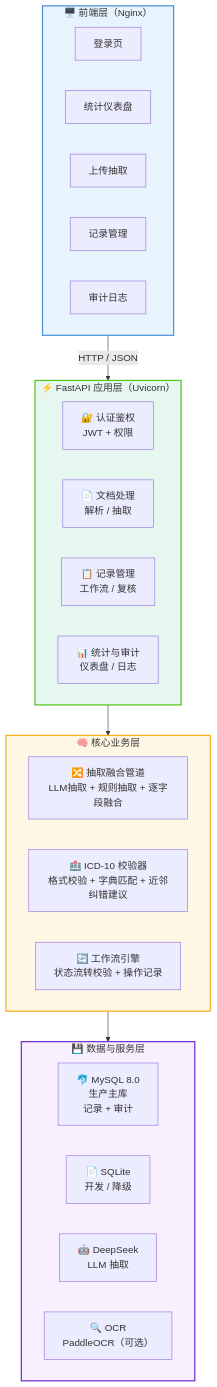
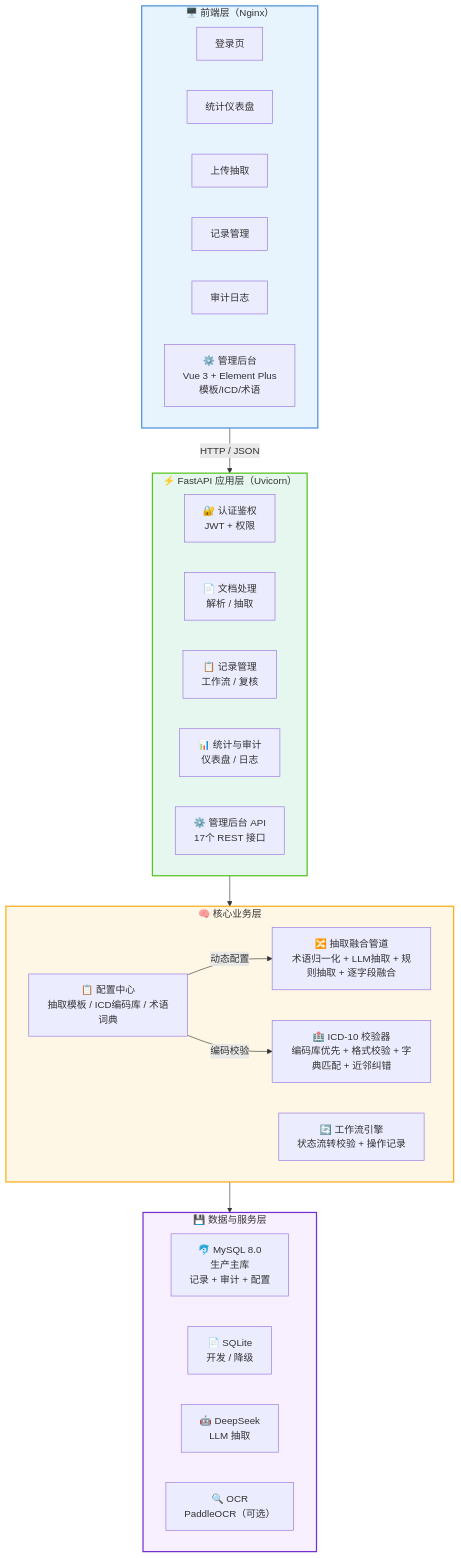
One commit to M9T040705/M9T-MedRecordAI changed the third of 6 diagrams in README.md. Above: the diagram before and after it, drawn with Mermaid. The commit also changed other lines of this file, not shown here.

````diff
--- a/README.md
+++ b/README.md
@@ -111,39 +123,44 @@
 ```mermaid
 flowchart TB
     subgraph Frontend["🖥️ 前端层（Nginx）"]
         A1["登录页"]
         A2["统计仪表盘"]
         A3["上传抽取"]
         A4["记录管理"]
         A5["审计日志"]
+        A6["⚙️ 管理后台<br/>Vue 3 + Element Plus<br/>模板/ICD/术语"]
     end
 
     subgraph APILayer["⚡ FastAPI 应用层（Uvicorn）"]
         B1["🔐 认证鉴权<br/>JWT + 权限"]
         B2["📄 文档处理<br/>解析 / 抽取"]
         B3["📋 记录管理<br/>工作流 / 复核"]
         B4["📊 统计与审计<br/>仪表盘 / 日志"]
+        B5["⚙️ 管理后台 API<br/>17个 REST 接口"]
     end
 
     subgraph CoreLayer["🧠 核心业务层"]
-        C1["🔀 抽取融合管道<br/>LLM抽取 + 规则抽取 + 逐字段融合"]
-        C2["🏥 ICD-10 校验器<br/>格式校验 + 字典匹配 + 近邻纠错建议"]
+        C1["🔀 抽取融合管道<br/>术语归一化 + LLM抽取 + 规则抽取 + 逐字段融合"]
+        C2["🏥 ICD-10 校验器<br/>编码库优先 + 格式校验 + 字典匹配 + 近邻纠错"]
         C3["🔄 工作流引擎<br/>状态流转校验 + 操作记录"]
+        C4["📋 配置中心<br/>抽取模板 / ICD编码库 / 术语词典"]
     end
 
     subgraph DataLayer["💾 数据与服务层"]
-        D1["🐬 MySQL 8.0<br/>生产主库<br/>记录 + 审计"]
+        D1["🐬 MySQL 8.0<br/>生产主库<br/>记录 + 审计 + 配置"]
         D2["📄 SQLite<br/>开发 / 降级"]
         D3["🤖 DeepSeek<br/>LLM 抽取"]
         D4["🔍 OCR<br/>PaddleOCR（可选）"]
     end
 
     Frontend -->|"HTTP / JSON"| APILayer
     APILayer --> CoreLayer
     CoreLayer --> DataLayer
+    C4 -->|"动态配置"| C1
+    C4 -->|"编码校验"| C2
 
     style Frontend fill:#e8f4fd,stroke:#4a90d9,stroke-width:2px
     style APILayer fill:#e6f7f0,stroke:#52c41a,stroke-width:2px
     style CoreLayer fill:#fff7e6,stroke:#faad14,stroke-width:2px
     style DataLayer fill:#f9f0ff,stroke:#722ed1,stroke-width:2px
 ```
````
